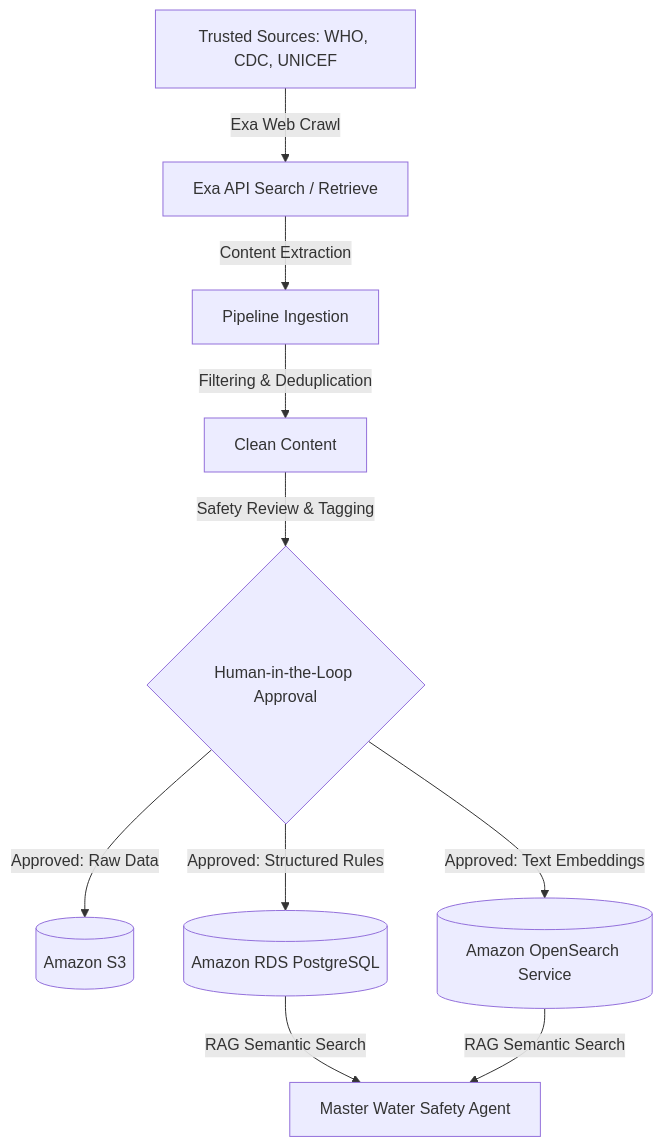
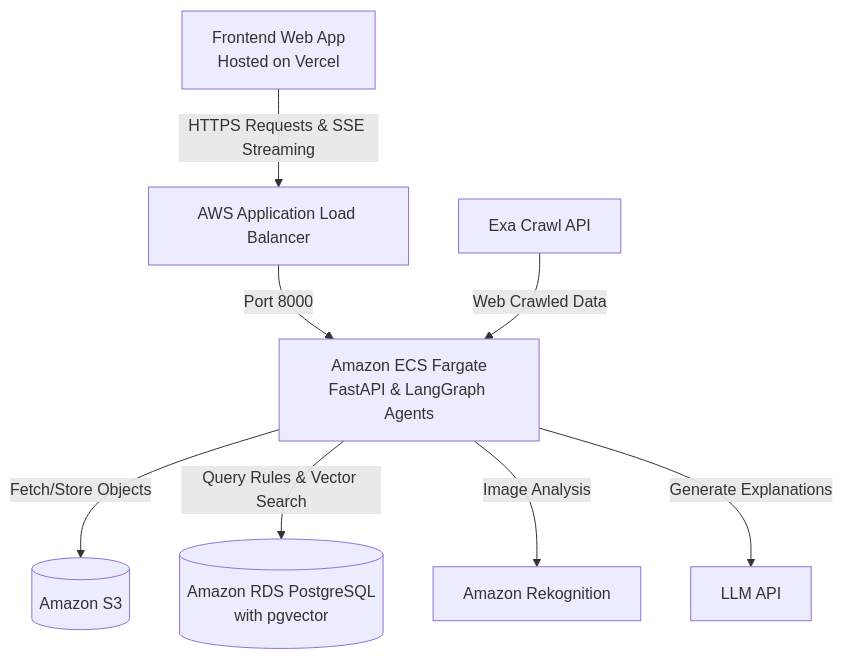
Before and after one commit to darrendariustan/soar-water-quality-copilot: the first of 4 diagrams in README.md, drawn with Mermaid. The commit also changed other lines of this file, not shown here.

````diff
--- a/README.md
+++ b/README.md
@@ -109,14 +55,12 @@
 ```mermaid
 graph TD
-    A[Trusted Sources: WHO, CDC, UNICEF] -->|Exa Web Crawl| B[Exa API Search / Retrieve]
-    B -->|Content Extraction| C[Pipeline Ingestion]
-    C -->|Filtering & Deduplication| D[Clean Content]
-    D -->|Safety Review & Tagging| E{Human-in-the-Loop Approval}
+    User[Frontend Web App<br/>Hosted on Vercel] -->|HTTPS Requests & SSE Streaming| ALB[AWS Application Load Balancer]
+    ALB -->|Port 8000| ECS[Amazon ECS Fargate<br/>FastAPI & LangGraph Agents]
     
-    E -->|Approved: Raw Data| S3[(Amazon S3)]
-    E -->|Approved: Structured Rules| RDS[(Amazon RDS PostgreSQL)]
-    E -->|Approved: Text Embeddings| OS[(Amazon OpenSearch Service)]
+    ECS -->|Fetch/Store Objects| S3[(Amazon S3)]
+    ECS -->|Query Rules & Vector Search| RDS[(Amazon RDS PostgreSQL<br/>with pgvector)]
+    ECS -->|Image Analysis| Rek[Amazon Rekognition]
+    ECS -->|Generate Explanations| LLM[LLM API]
     
-    RDS -->|RAG Semantic Search| Agent[Master Water Safety Agent]
-    OS -->|RAG Semantic Search| Agent
+    Exa[Exa Crawl API] -->|Web Crawled Data| ECS
 ```
````
